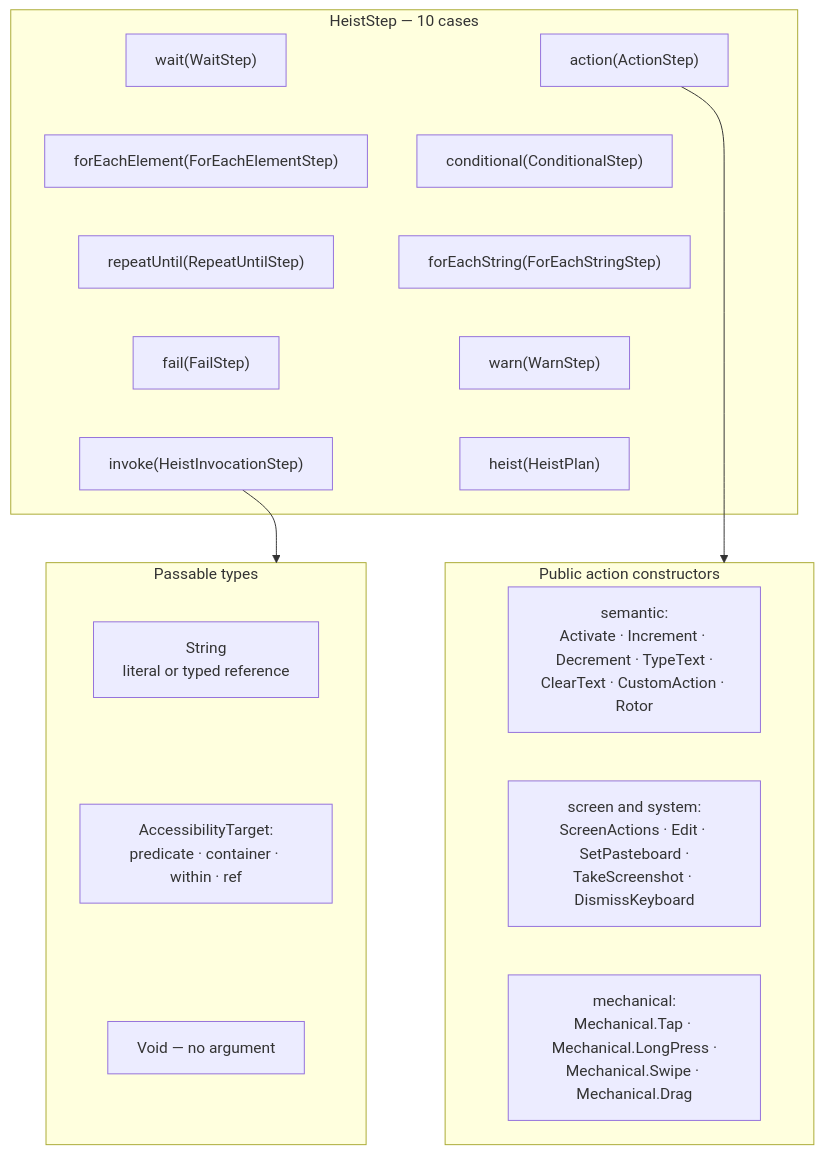
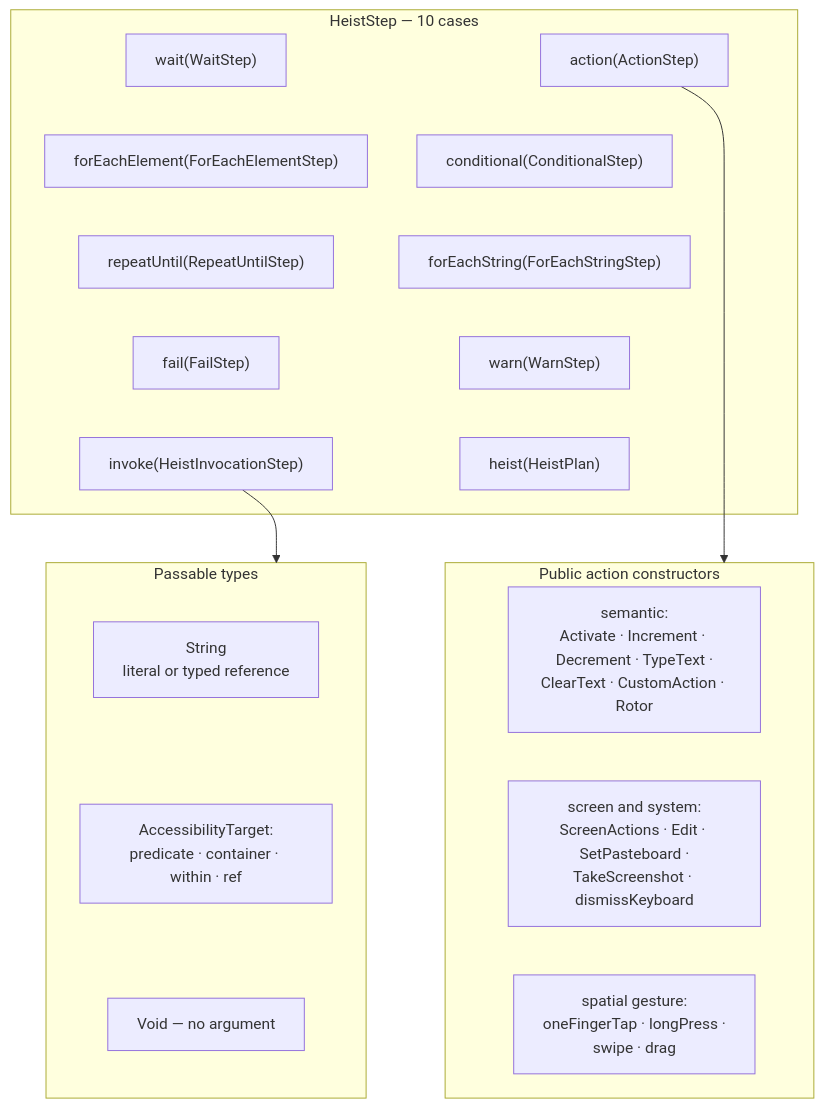
The first of 2 diagrams in docs/diagrams/dsl-grammar.md (RoyalPineapple/TheButtonHeist), drawn with Mermaid before and after one commit. The commit also changed 461 other files, not shown here.

````diff
--- a/docs/diagrams/dsl-grammar.md
+++ b/docs/diagrams/dsl-grammar.md
@@ -9,44 +9,44 @@
 ```mermaid
 flowchart TD
     subgraph steps["HeistStep — 10 cases"]
         ACTION["action(ActionStep)"]
         WAIT["wait(WaitStep)"]
         COND["conditional(ConditionalStep)"]
         FEE["forEachElement(ForEachElementStep)"]
         FES["forEachString(ForEachStringStep)"]
         RU["repeatUntil(RepeatUntilStep)"]
         WARNS["warn(WarnStep)"]
         FAILS["fail(FailStep)"]
         NESTED["heist(HeistPlan)"]
         INVOKE["invoke(HeistInvocationStep)"]
         ACTION ~~~ COND
         COND ~~~ FES
         FES ~~~ WARNS
         WARNS ~~~ NESTED
         WAIT ~~~ FEE
         FEE ~~~ RU
         RU ~~~ FAILS
         FAILS ~~~ INVOKE
     end
 
     subgraph commands["Public action constructors"]
         SEMANTIC["semantic:<br/>Activate · Increment · Decrement · TypeText ·<br/>ClearText · CustomAction · Rotor"]
-        SYSTEM["screen and system:<br/>ScreenActions · Edit · SetPasteboard ·<br/>TakeScreenshot · DismissKeyboard"]
-        MECH["mechanical:<br/>Mechanical.Tap · Mechanical.LongPress ·<br/>Mechanical.Swipe · Mechanical.Drag"]
+        SYSTEM["screen and system:<br/>ScreenActions · Edit · SetPasteboard ·<br/>TakeScreenshot · dismissKeyboard"]
+        SPATIAL["spatial gesture:<br/>oneFingerTap · longPress ·<br/>swipe · drag"]
         SEMANTIC ~~~ SYSTEM
-        SYSTEM ~~~ MECH
+        SYSTEM ~~~ SPATIAL
     end
 
     subgraph passables["Passable types"]
         PSTR["String<br/>literal or typed reference"]
         PTGT["AccessibilityTarget:<br/>predicate · container · within · ref"]
         PVOID["Void — no argument"]
         PSTR ~~~ PTGT
         PTGT ~~~ PVOID
     end
 
     NESTED ~~~ SEMANTIC
     INVOKE ~~~ PSTR
     ACTION --> commands
     INVOKE --> passables
 ```
````
